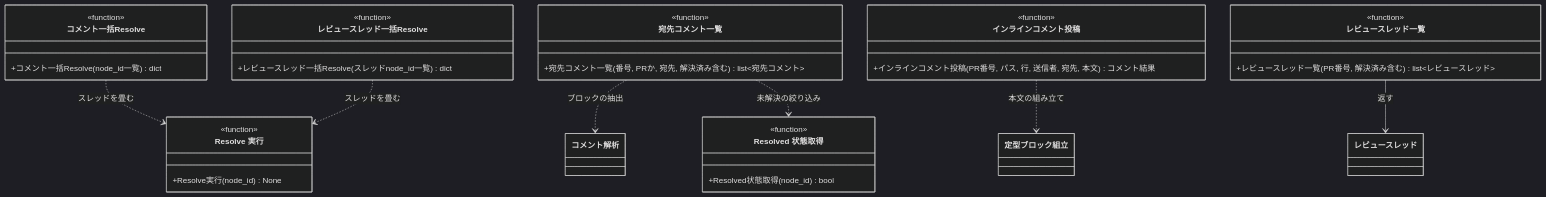
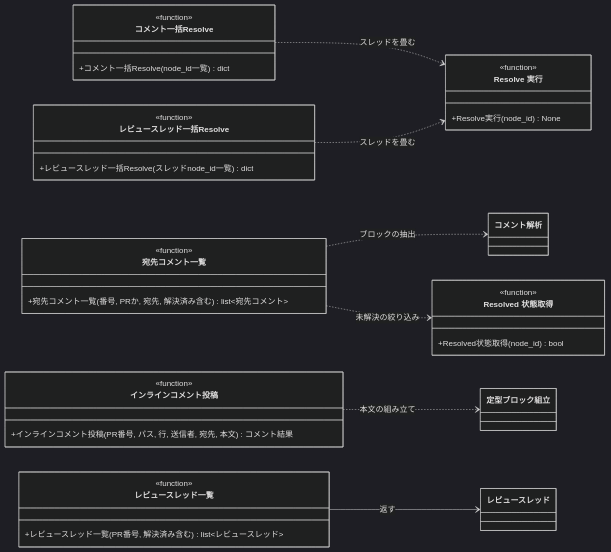
One commit to shuhei1101/ai-monitor changed the eighth of 12 diagrams in docs/wiki/設計図/モジュール構成/MCP/GitHub操作.py.md. Above: the diagram before and after it, drawn with Mermaid (dark theme). The commit also changed other lines of this file and 52 other files, not shown here.

````diff
--- a/docs/wiki/設計図/モジュール構成/MCP/GitHub操作.py.md
+++ b/docs/wiki/設計図/モジュール構成/MCP/GitHub操作.py.md
@@ -398,56 +400,56 @@
 ```mermaid
 classDiagram
-  direction TD
+  direction LR
   コメント一括Resolve ..> Resolve実行 : スレッドを畳む
   宛先コメント一覧 ..> コメント解析 : ブロックの抽出
   宛先コメント一覧 ..> Resolved状態取得 : 未解決の絞り込み
   レビュースレッド一括Resolve ..> Resolve実行 : スレッドを畳む
   インラインコメント投稿 ..> 定型ブロック組立 : 本文の組み立て
   レビュースレッド一覧 --> レビュースレッド : 返す
 
   class コメント一括Resolve {
     <<function>>
     +コメント一括Resolve(node_id一覧) dict
   }
   class 宛先コメント一覧 {
     <<function>>
     +宛先コメント一覧(番号, PRか, 宛先, 解決済み含む) list~宛先コメント~
   }
   class インラインコメント投稿 {
     <<function>>
     +インラインコメント投稿(PR番号, パス, 行, 送信者, 宛先, 本文) コメント結果
   }
   class レビュースレッド一覧 {
     <<function>>
     +レビュースレッド一覧(PR番号, 解決済み含む) list~レビュースレッド~
   }
   class レビュースレッド一括Resolve {
     <<function>>
     +レビュースレッド一括Resolve(スレッドnode_id一覧) dict
   }
   class Resolve実行["Resolve 実行"] {
     <<function>>
     +Resolve実行(node_id) None
   }
   class Resolved状態取得["Resolved 状態取得"] {
     <<function>>
     +Resolved状態取得(node_id) bool
   }
   class コメント解析 {
   }
   class 定型ブロック組立 {
   }
   class レビュースレッド {
   }
 
   click コメント一括Resolve href "#コメント一括resolve"
   click 宛先コメント一覧 href "#宛先コメント一覧"
   click インラインコメント投稿 href "#インラインコメント投稿"
   click レビュースレッド一覧 href "#レビュースレッド一覧"
   click レビュースレッド一括Resolve href "#レビュースレッド一括resolve"
   click Resolve実行 href "#resolve-実行"
   click Resolved状態取得 href "#resolved-状態取得"
   click コメント解析 href "#コメント解析"
   click 定型ブロック組立 href "#定型ブロック組立"
   click レビュースレッド href "#レビュースレッド"
 ```
````
